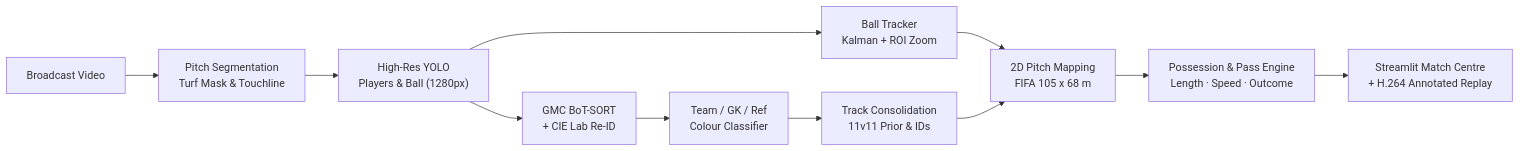
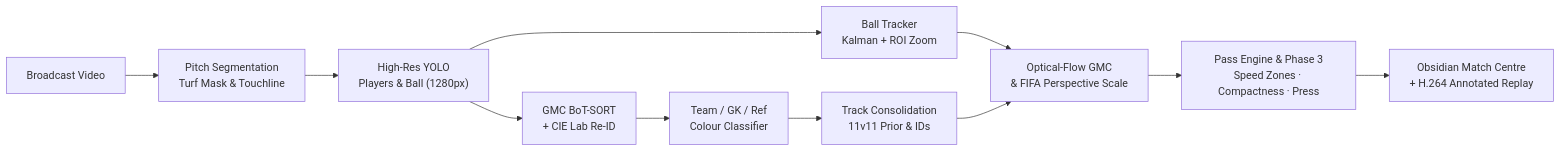
Before and after one commit to omerfarukyuce/Footballistic: the diagram in README.md, drawn with Mermaid. The commit also changed other lines of this file and 15 other files, not shown here.

````diff
--- a/README.md
+++ b/README.md
@@ -84,13 +99,13 @@
 ```mermaid
 flowchart LR
     A["Broadcast Video"] --> B["Pitch Segmentation<br/>Turf Mask & Touchline"]
     B --> C["High-Res YOLO<br/>Players & Ball (1280px)"]
     C --> D["GMC BoT-SORT<br/>+ CIE Lab Re-ID"]
     C --> E["Ball Tracker<br/>Kalman + ROI Zoom"]
     D --> F["Team / GK / Ref<br/>Colour Classifier"]
     F --> G["Track Consolidation<br/>11v11 Prior & IDs"]
-    E --> H["2D Pitch Mapping<br/>FIFA 105 x 68 m"]
+    E --> H["Optical-Flow GMC<br/>& FIFA Perspective Scale"]
     G --> H
-    H --> I["Possession & Pass Engine<br/>Length · Speed · Outcome"]
-    I --> J["Streamlit Match Centre<br/>+ H.264 Annotated Replay"]
+    H --> I["Pass Engine & Phase 3<br/>Speed Zones · Compactness · Press"]
+    I --> J["Obsidian Match Centre<br/>+ H.264 Annotated Replay"]
 ```
````
